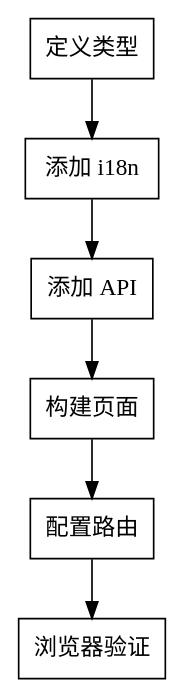
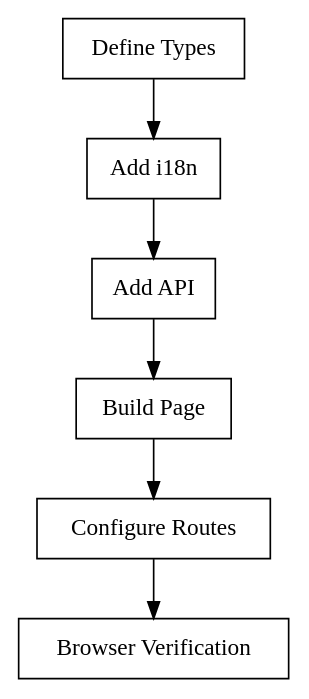
The diagram in .agents/skills/frontend-development/SKILL.md (citywalki/ams-ai), drawn with Graphviz before and after one commit. The commit also changed other lines of this file, not shown here.

````diff
--- a/.agents/skills/frontend-development/SKILL.md
+++ b/.agents/skills/frontend-development/SKILL.md
@@ -19,17 +19,17 @@
 ```dot
 digraph frontend_dev {
     rankdir=TB;
-    "定义类型" [shape=box];
-    "添加 i18n" [shape=box];
-    "添加 API" [shape=box];
-    "构建页面" [shape=box];
-    "配置路由" [shape=box];
-    "浏览器验证" [shape=box];
+    "Define Types" [shape=box];
+    "Add i18n" [shape=box];
+    "Add API" [shape=box];
+    "Build Page" [shape=box];
+    "Configure Routes" [shape=box];
+    "Browser Verification" [shape=box];
 
-    "定义类型" -> "添加 i18n";
-    "添加 i18n" -> "添加 API";
-    "添加 API" -> "构建页面";
-    "构建页面" -> "配置路由";
-    "配置路由" -> "浏览器验证";
+    "Define Types" -> "Add i18n";
+    "Add i18n" -> "Add API";
+    "Add API" -> "Build Page";
+    "Build Page" -> "Configure Routes";
+    "Configure Routes" -> "Browser Verification";
 }
 ```
````
